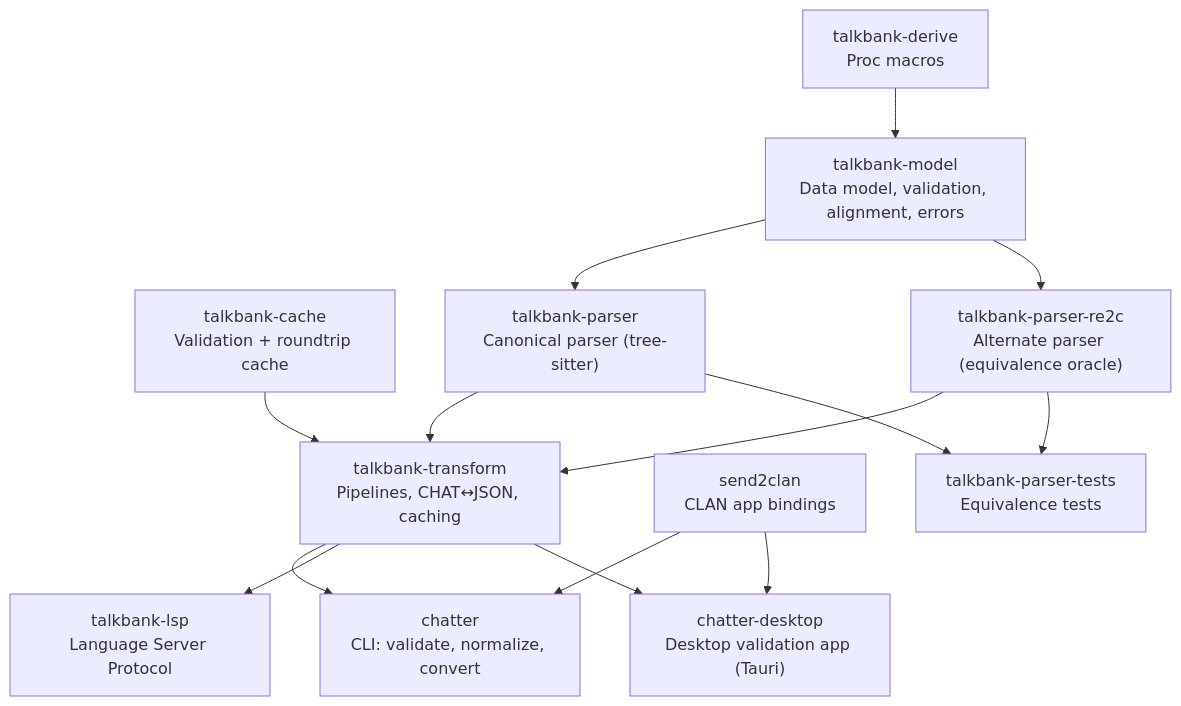
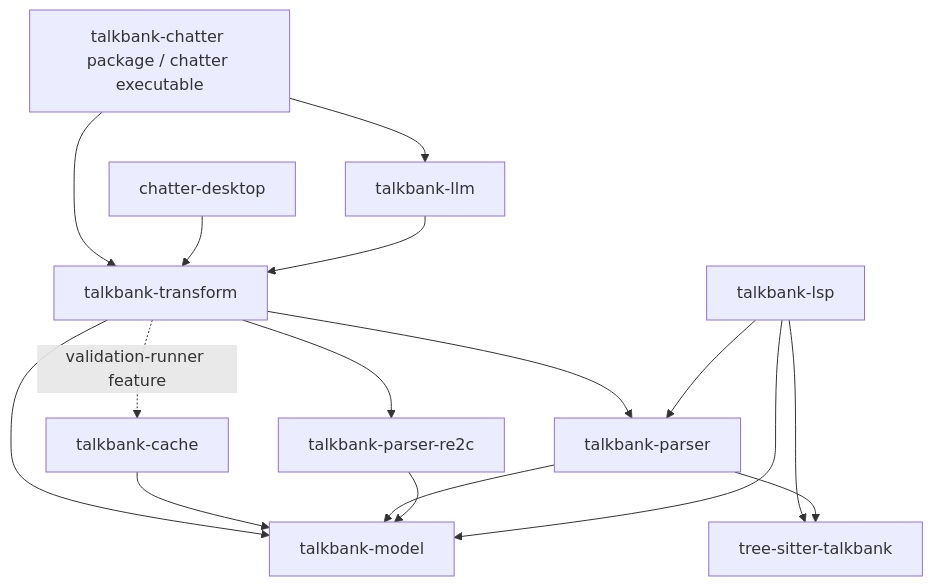
One commit to TalkBank/chatter changed the second of 2 diagrams in book/src/architecture/overview.md. Above: the diagram before and after it, drawn with Mermaid. The commit also changed other lines of this file and 950 other files, not shown here.

````diff
--- a/book/src/architecture/overview.md
+++ b/book/src/architecture/overview.md
@@ -42,24 +65,18 @@
 ```mermaid
 flowchart TD
-    derive["talkbank-derive\nProc macros"]
-    model["talkbank-model\nData model, validation, alignment, errors"]
-    cache["talkbank-cache\nValidation + roundtrip cache"]
-    parser["talkbank-parser\nCanonical parser (tree-sitter)"]
-    re2c["talkbank-parser-re2c\nAlternate parser (equivalence oracle)"]
-    transform["talkbank-transform\nPipelines, CHAT↔JSON, caching"]
-    cli["chatter\nCLI: validate, normalize, convert"]
-    lsp["talkbank-lsp\nLanguage Server Protocol"]
-    s2c["send2clan\nCLAN app bindings"]
-    desktop["chatter-desktop\nDesktop validation app (Tauri)"]
-    tests["talkbank-parser-tests\nEquivalence tests"]
-
-    derive --> model
-    model --> parser & re2c
-    parser --> transform
-    re2c --> transform
-    cache --> transform
-    transform --> cli & lsp & desktop
-    s2c --> cli & desktop
-    parser --> tests
-    re2c --> tests
+    CLI["talkbank-chatter package / chatter executable"] --> X["talkbank-transform"]
+    D["chatter-desktop"] --> X
+    CLI --> H["talkbank-llm"]
+    H --> X
+    X --> P["talkbank-parser"]
+    X --> R["talkbank-parser-re2c"]
+    X -.->|"validation-runner feature"| C["talkbank-cache"]
+    X --> M["talkbank-model"]
+    C --> M
+    P --> M
+    R --> M
+    L["talkbank-lsp"] --> P
+    L --> M
+    L --> G["tree-sitter-talkbank"]
+    P --> G
 ```
````
